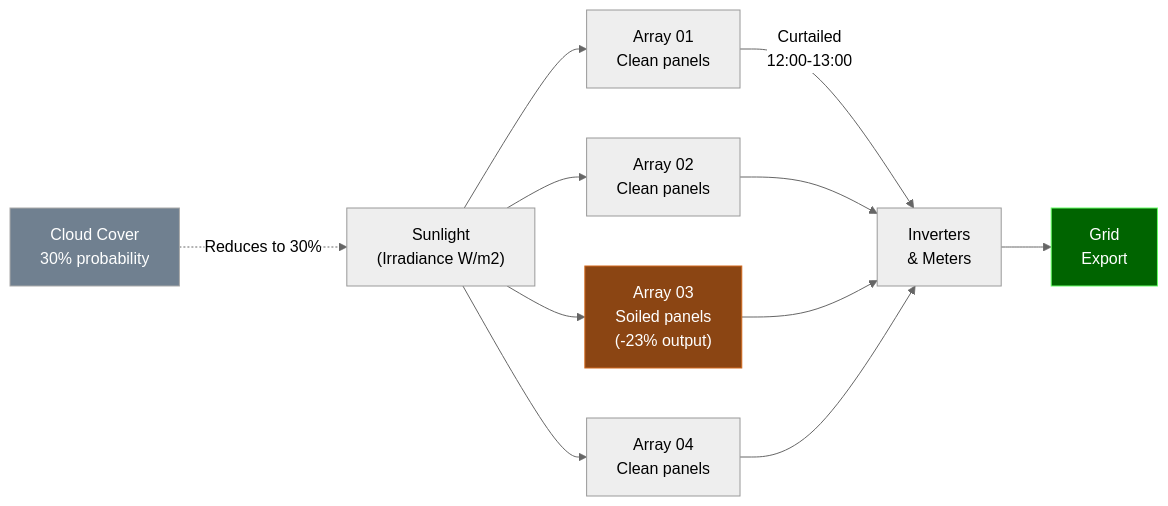
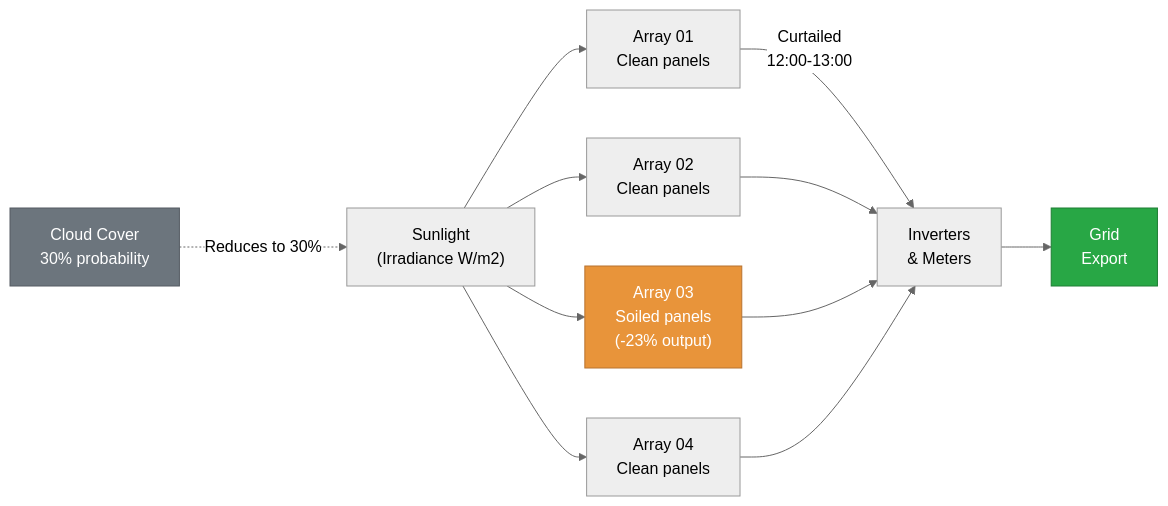
The first of 3 diagrams in docs/simulation/patterns/energy_utilities.md (henryodibi11/Odibi), drawn with Mermaid (neutral theme) before and after one commit. The commit also changed other lines of this file and 7 other files, not shown here.

First line of the commit message:
Fix mermaid diagram colors for readability across all 26 diagrams

````diff
--- a/docs/simulation/patterns/energy_utilities.md
+++ b/docs/simulation/patterns/energy_utilities.md
@@ -40,18 +40,18 @@
 ```mermaid
 flowchart LR
     SUN["Sunlight\n(Irradiance W/m2)"] --> A1["Array 01\nClean panels"]
     SUN --> A2["Array 02\nClean panels"]
     SUN --> A3["Array 03\nSoiled panels\n(-23% output)"]
     SUN --> A4["Array 04\nClean panels"]
     CLOUD["Cloud Cover\n30% probability"] -.->|"Reduces to 30%"| SUN
 
     A1 -->|"Curtailed\n12:00-13:00"| INV["Inverters\n& Meters"]
     A2 --> INV
     A3 --> INV
     A4 --> INV
     INV --> GRID["Grid\nExport"]
 
-    style A3 fill:#8B4513,stroke:#D2691E,color:#ffffff
-    style CLOUD fill:#708090,stroke:#A9A9A9,color:#ffffff
-    style GRID fill:#006400,stroke:#66ff66,color:#ffffff
+    style A3 fill:#e8943a,stroke:#b8732e,color:#ffffff
+    style CLOUD fill:#6c757d,stroke:#545b62,color:#ffffff
+    style GRID fill:#28a745,stroke:#1e7e34,color:#ffffff
 ```
````
